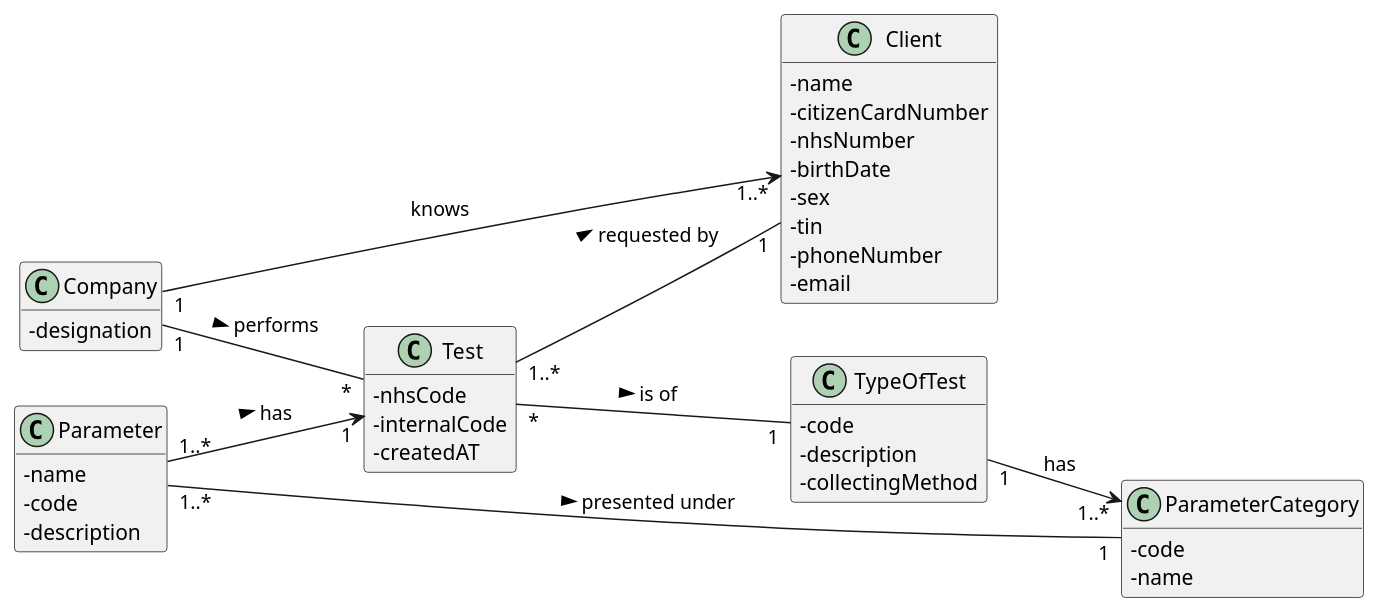
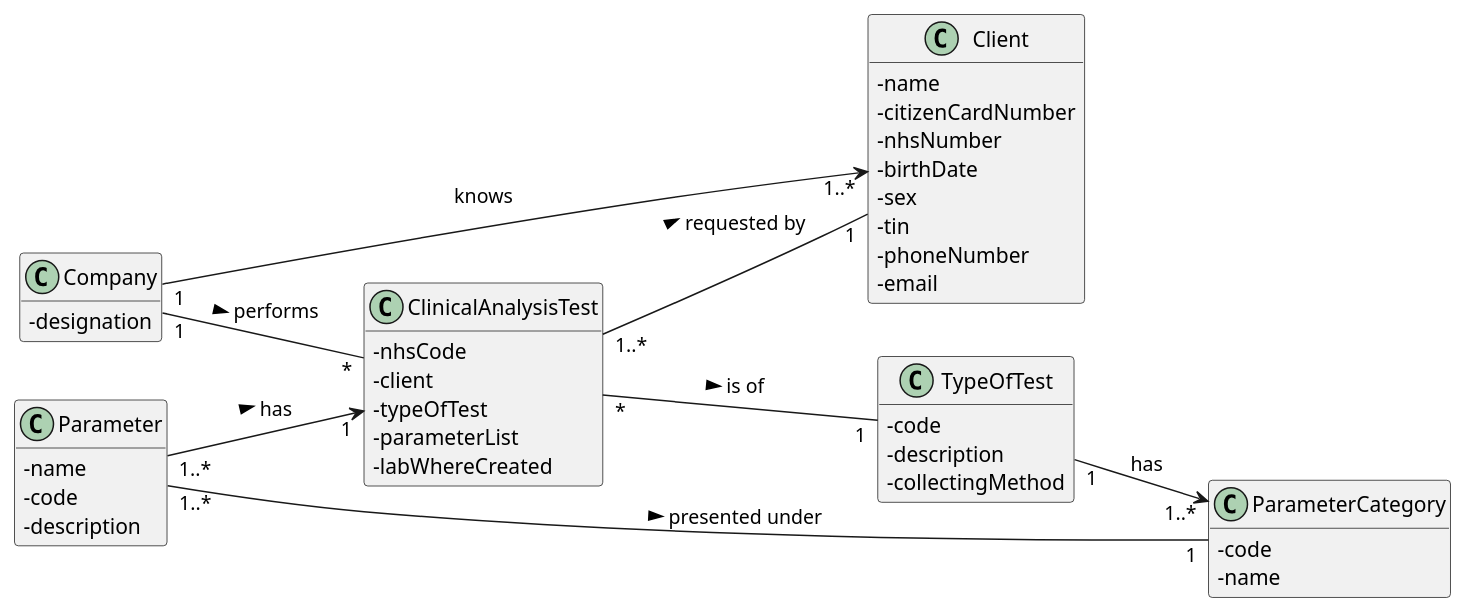
The diagram in docs/SprintD/US4/UC4_MD.puml (GuilhermeCunha79/lapr2), drawn with PlantUML before and after one commit. The commit also changed 9 other files, not shown here.

Commit message:
[US4] Update SVG diagrams

```diff
--- a/docs/SprintD/US4/UC4_MD.puml
+++ b/docs/SprintD/US4/UC4_MD.puml
@@ -1,55 +1,57 @@
 @startuml
 hide methods
 left to right direction
 skinparam classAttributeIconSize 0
 
 class Company {
  -designation
 }
 
-class Test {
+class ClinicalAnalysisTest {
   - nhsCode
-  - internalCode
-  - createdAT
+  - client
+  - typeOfTest
+  - parameterList
+  - labWhereCreated
  }
 
 class TypeOfTest {
   -code
   -description
   -collectingMethod
 }
 
 
 
 class Client {
   - name
   - citizenCardNumber
   - nhsNumber
   - birthDate
   - sex
   - tin
   - phoneNumber
   - email
 }
 
 class Parameter {
 -name
 -code
 -description
 }
 
 class ParameterCategory {
 -code
 -name
 }
 
 
-Company "1" -- "*" Test : performs >
-Test "*" -- "1" TypeOfTest: is of >
-Test "1..*" -- "1" Client: requested by >
+Company "1" -- "*" ClinicalAnalysisTest : performs >
+ClinicalAnalysisTest "*" -- "1" TypeOfTest: is of >
+ClinicalAnalysisTest "1..*" -- "1" Client: requested by >
 Parameter "1..*" -- "1" ParameterCategory: presented under >
-Parameter "1..*" --> "1" Test : has >
+Parameter "1..*" --> "1" ClinicalAnalysisTest : has >
 TypeOfTest "1" --> "1..*" ParameterCategory :  has
 Company "1" --> "1..*" Client : knows
 
 @enduml
```
